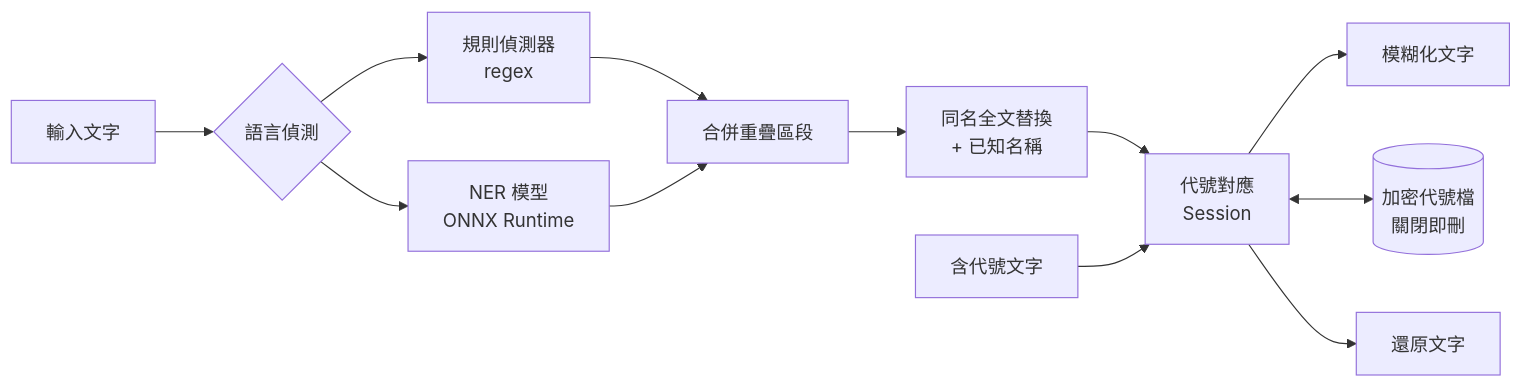
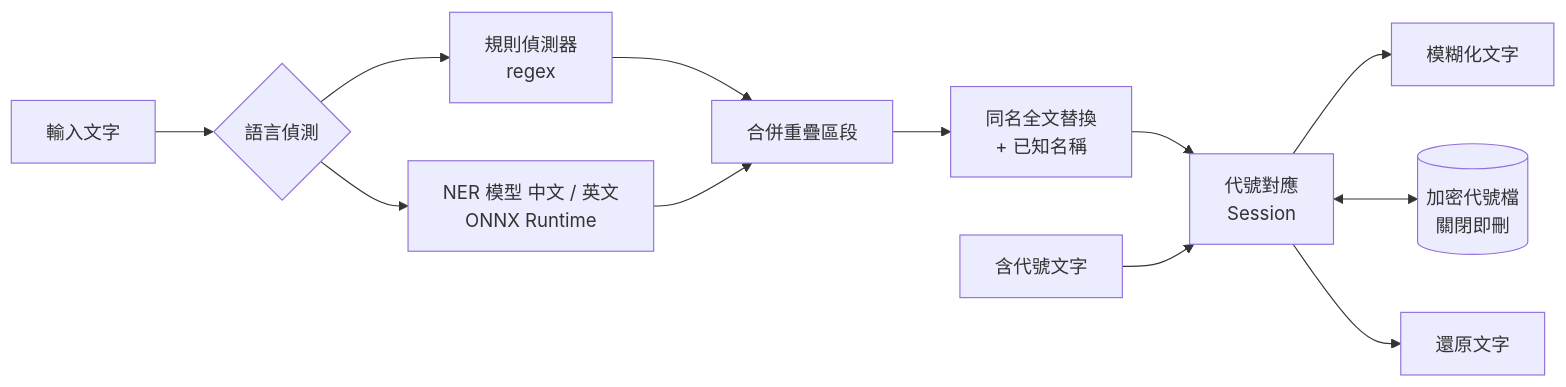
Before and after one commit to AquilaWei/DataFuzzy: the diagram in README.md, drawn with Mermaid. The commit also changed other lines of this file and 3 other files, not shown here.

````diff
--- a/README.md
+++ b/README.md
@@ -89,14 +91,14 @@
 ```mermaid
 flowchart LR
     A[輸入文字] --> B{語言偵測}
     B --> C[規則偵測器<br/>regex]
-    B --> D[NER 模型<br/>ONNX Runtime]
+    B --> D[NER 模型 中文 / 英文<br/>ONNX Runtime]
     C --> E[合併重疊區段]
     D --> E
     E --> K[同名全文替換<br/>+ 已知名稱]
     K --> F[代號對應<br/>Session]
     F --> G[模糊化文字]
     F <--> H[(加密代號檔<br/>關閉即刪)]
     I[含代號文字] --> F
     F --> J[還原文字]
 ```
````
